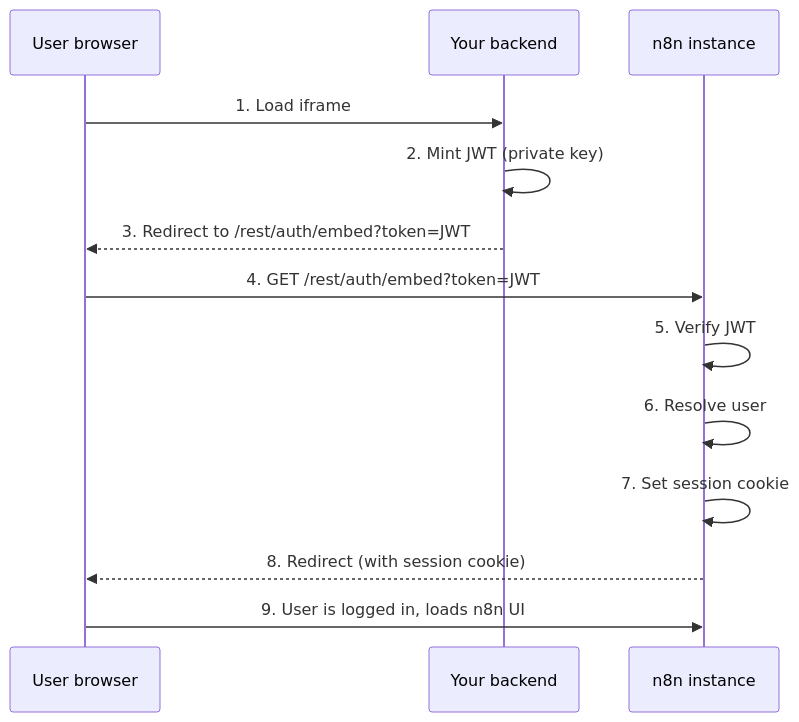
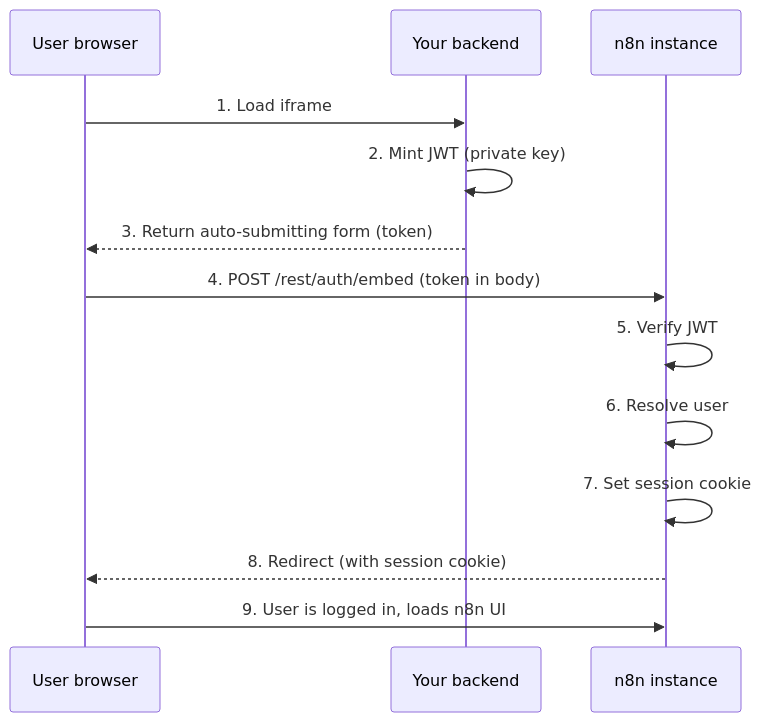
The first of 2 diagrams in docs/hosting/oem-deployment/token-exchange.md (n8n-io/n8n-docs), drawn with Mermaid before and after one commit. The commit also changed other lines of this file and 4 other files, not shown here.

````diff
--- a/docs/hosting/oem-deployment/token-exchange.md
+++ b/docs/hosting/oem-deployment/token-exchange.md
@@ -220,16 +225,16 @@
 ```mermaid
 sequenceDiagram
     participant Browser as User browser
     participant Backend as Your backend
     participant n8n as n8n instance
 
     Browser->>Backend: 1. Load iframe
     Backend->>Backend: 2. Mint JWT (private key)
-    Backend-->>Browser: 3. Redirect to /rest/auth/embed?token=JWT
-    Browser->>n8n: 4. GET /rest/auth/embed?token=JWT
+    Backend-->>Browser: 3. Return auto-submitting form (token)
+    Browser->>n8n: 4. POST /rest/auth/embed (token in body)
     n8n->>n8n: 5. Verify JWT
     n8n->>n8n: 6. Resolve user
     n8n->>n8n: 7. Set session cookie
     n8n-->>Browser: 8. Redirect (with session cookie)
     Browser->>n8n: 9. User is logged in, loads n8n UI
 ```
````
